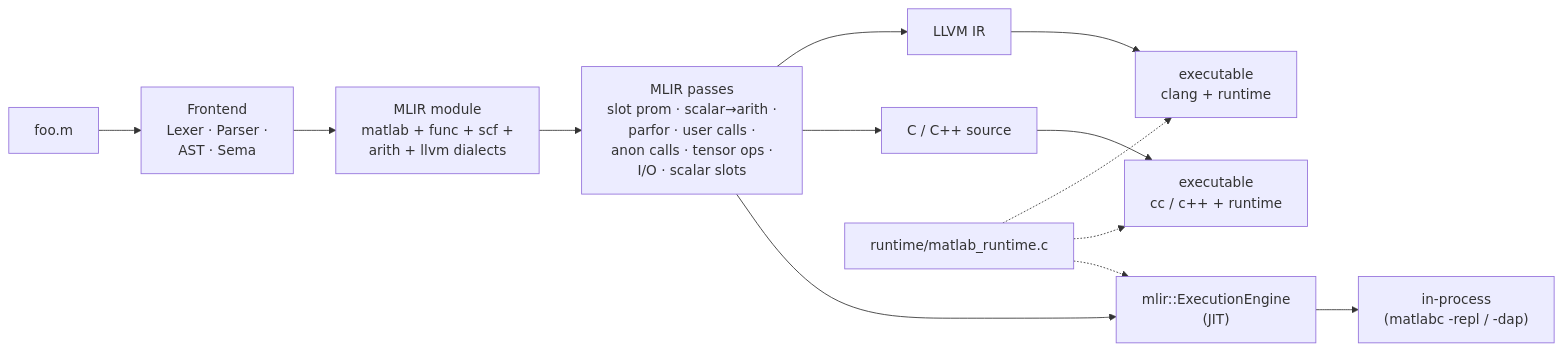
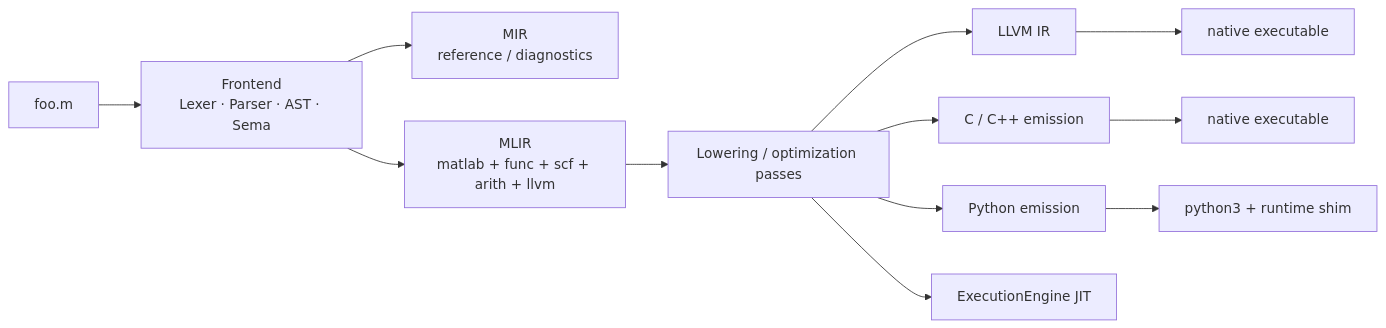
Before and after one commit to leonardoaraujosantos/matlab_llvm: the diagram in README.md, drawn with Mermaid. The commit also changed other lines of this file and 3 other files, not shown here.

````diff
--- a/README.md
+++ b/README.md
@@ -130,15 +206,14 @@
 ```mermaid
 flowchart LR
-  src["foo.m"] --> FE["Frontend<br/>Lexer · Parser ·<br/>AST · Sema"]
-  FE --> MLIR["MLIR module<br/>matlab + func + scf +<br/>arith + llvm dialects"]
-  MLIR --> Passes["MLIR passes<br/>slot prom · scalar→arith ·<br/>parfor · user calls ·<br/>anon calls · tensor ops ·<br/>I/O · scalar slots"]
-  Passes --> LL[LLVM IR]
-  Passes --> CSrc[C / C++ source]
-  Passes --> JIT["mlir::ExecutionEngine<br/>(JIT)"]
-  LL --> Exe1["executable<br/>clang + runtime"]
-  CSrc --> Exe2["executable<br/>cc / c++ + runtime"]
-  JIT --> Proc["in-process<br/>(matlabc -repl / -dap)"]
-  RT[runtime/matlab_runtime.c] -.-> Exe1
-  RT -.-> Exe2
-  RT -.-> JIT
+  src["foo.m"] --> FE["Frontend<br/>Lexer · Parser · AST · Sema"]
+  FE --> MIR["MIR<br/>reference / diagnostics"]
+  FE --> MLIR["MLIR<br/>matlab + func + scf + arith + llvm"]
+  MLIR --> Passes["Lowering / optimization passes"]
+  Passes --> LLVM["LLVM IR"]
+  Passes --> C["C / C++ emission"]
+  Passes --> PY["Python emission"]
+  Passes --> JIT["ExecutionEngine JIT"]
+  LLVM --> EXE1["native executable"]
+  C --> EXE2["native executable"]
+  PY --> EXE3["python3 + runtime shim"]
 ```
````
